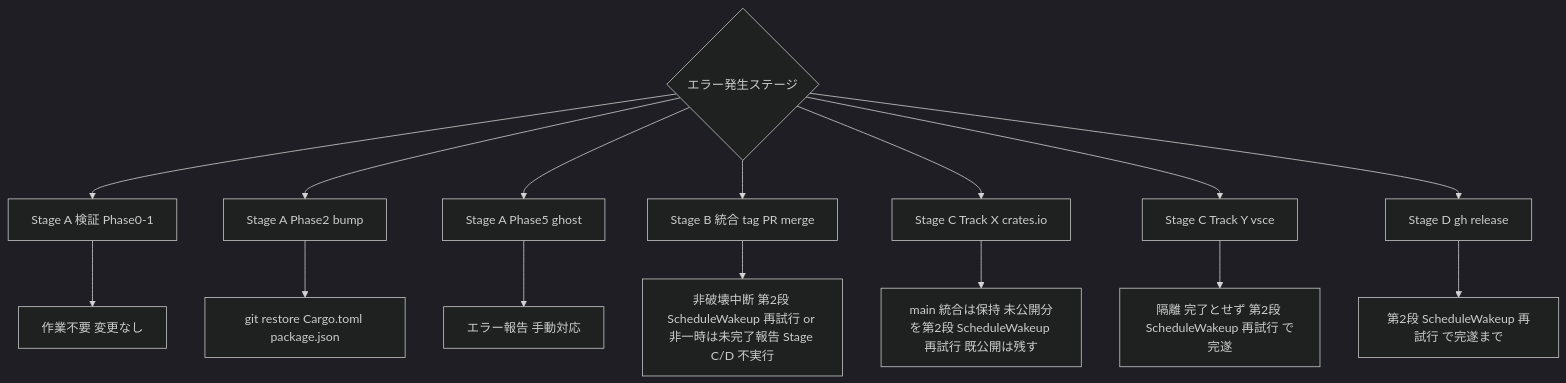
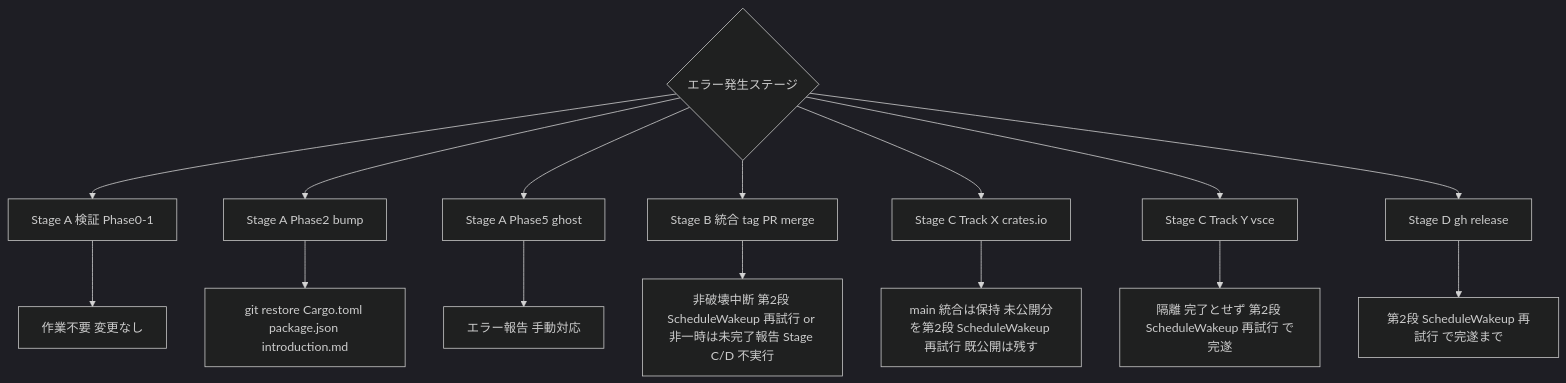
Before and after one commit to ekicyou/pasta: the third of 3 diagrams in .kiro/specs/release-workflow/design.md, drawn with Mermaid (dark theme). The commit also changed other lines of this file and 6 other files, not shown here.

````diff
--- a/.kiro/specs/release-workflow/design.md
+++ b/.kiro/specs/release-workflow/design.md
@@ -301,18 +308,18 @@
 ```mermaid
 flowchart TD
     A{エラー発生ステージ} --> B[Stage A 検証 Phase0-1]
     A --> C[Stage A Phase2 bump]
     A --> P5[Stage A Phase5 ghost]
     A --> INT[Stage B 統合 tag PR merge]
     A --> X[Stage C Track X crates.io]
     A --> Y[Stage C Track Y vsce]
     A --> D[Stage D gh release]
 
     B --> B1[作業不要 変更なし]
-    C --> C1[git restore Cargo.toml package.json]
+    C --> C1[git restore Cargo.toml package.json introduction.md]
     P5 --> P51[エラー報告 手動対応]
     INT --> INT1[非破壊中断 第2段 ScheduleWakeup 再試行 or 非一時は未完了報告 Stage C/D 不実行]
     X --> X1[main 統合は保持 未公開分を第2段 ScheduleWakeup 再試行 既公開は残す]
     Y --> Y1[隔離 完了とせず 第2段 ScheduleWakeup 再試行 で完遂]
     D --> D1[第2段 ScheduleWakeup 再試行 で完遂まで]
 ```
````
